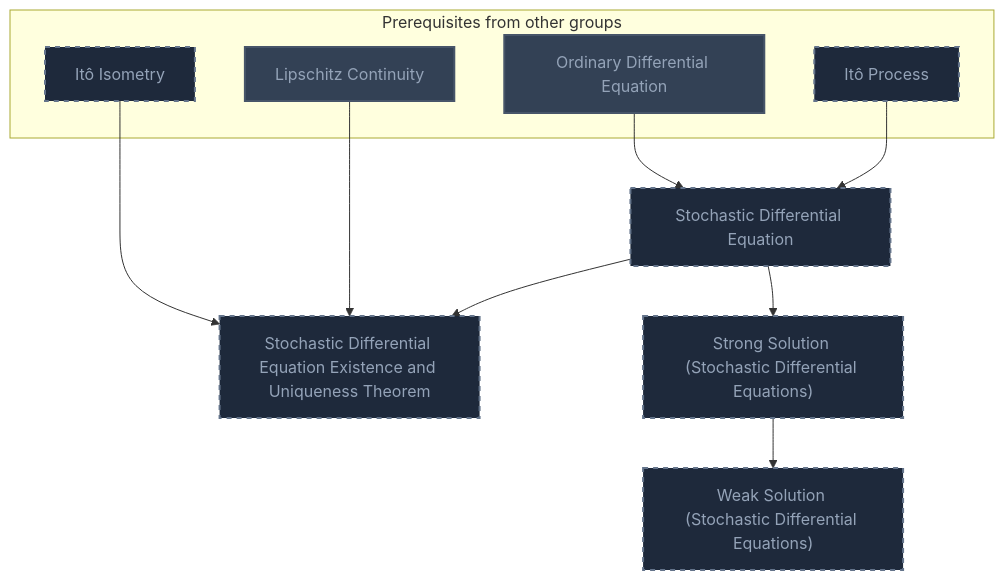
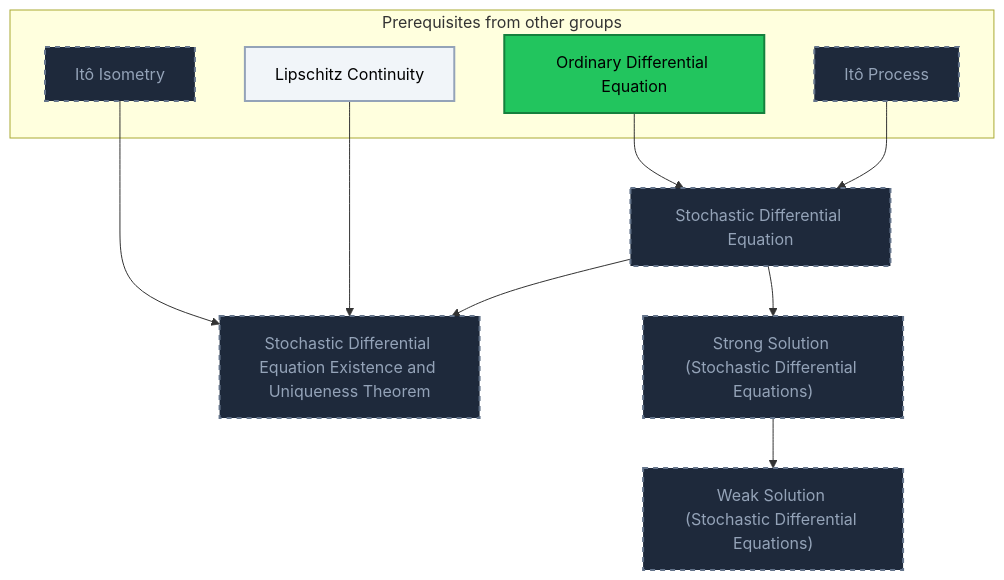
One commit to MRauf1/My-Notes changed the fourth of 11 diagrams in Gamification/Skill Trees/Stochastic Differential Equations.md. Above: the diagram before and after it, drawn with Mermaid. The commit also changed other lines of this file and 145 other files, not shown here.

````diff
--- a/Gamification/Skill Trees/Stochastic Differential Equations.md
+++ b/Gamification/Skill Trees/Stochastic Differential Equations.md
@@ -131,32 +133,33 @@
 ```mermaid
 flowchart TD
     classDef planned fill:#1E293B,stroke:#64748B,stroke-width:2px,stroke-dasharray:5 5,color:#94A3B8;
     classDef locked fill:#334155,stroke:#475569,stroke-width:2px,color:#94A3B8;
     classDef L0 fill:#F1F5F9,stroke:#94A3B8,stroke-width:2px,color:#000000;
     classDef L1 fill:#22C55E,stroke:#15803D,stroke-width:2px,color:#000000;
     classDef L2 fill:#3B82F6,stroke:#1D4ED8,stroke-width:3px,color:#FFFFFF;
     classDef L3 fill:#A855F7,stroke:#6B21A8,stroke-width:3px,color:#FFFFFF,font-weight:bold;
     classDef L4 fill:#F97316,stroke:#C2410C,stroke-width:4px,color:#000000,font-weight:bold;
     classDef L5 fill:#FFD700,stroke:#FF8C00,stroke-width:5px,color:#000000,font-weight:bold;
     classDef rusty stroke:#8B4513,stroke-width:4px,stroke-dasharray:3 3;
     subgraph sg_prereqs["Prerequisites from other groups"]
         n_it_process["Itô Process"]
         n_ordinary_differential_equation["Ordinary Differential Equation"]
         n_lipschitz_continuity["Lipschitz Continuity"]
         n_it_isometry["Itô Isometry"]
     end
     n_stochastic_differential_equation["Stochastic Differential Equation"]
     n_stochastic_differential_equation_existence_and_uniqueness_theorem["Stochastic Differential Equation Existence and Uniqueness Theorem"]
     n_strong_solution_stochastic_differential_equations["Strong Solution (Stochastic Differential Equations)"]
     n_weak_solution_stochastic_differential_equations["Weak Solution (Stochastic Differential Equations)"]
     n_it_process --> n_stochastic_differential_equation
     n_ordinary_differential_equation --> n_stochastic_differential_equation
     n_stochastic_differential_equation --> n_stochastic_differential_equation_existence_and_uniqueness_theorem
     n_lipschitz_continuity --> n_stochastic_differential_equation_existence_and_uniqueness_theorem
     n_it_isometry --> n_stochastic_differential_equation_existence_and_uniqueness_theorem
     n_stochastic_differential_equation --> n_strong_solution_stochastic_differential_equations
     n_strong_solution_stochastic_differential_equations --> n_weak_solution_stochastic_differential_equations
     class n_it_process,n_it_isometry,n_stochastic_differential_equation,n_stochastic_differential_equation_existence_and_uniqueness_theorem,n_strong_solution_stochastic_differential_equations,n_weak_solution_stochastic_differential_equations planned;
-    class n_ordinary_differential_equation,n_lipschitz_continuity locked;
+    class n_lipschitz_continuity L0;
+    class n_ordinary_differential_equation L1;
     class n_ordinary_differential_equation,n_lipschitz_continuity internal-link;
 ```
````
